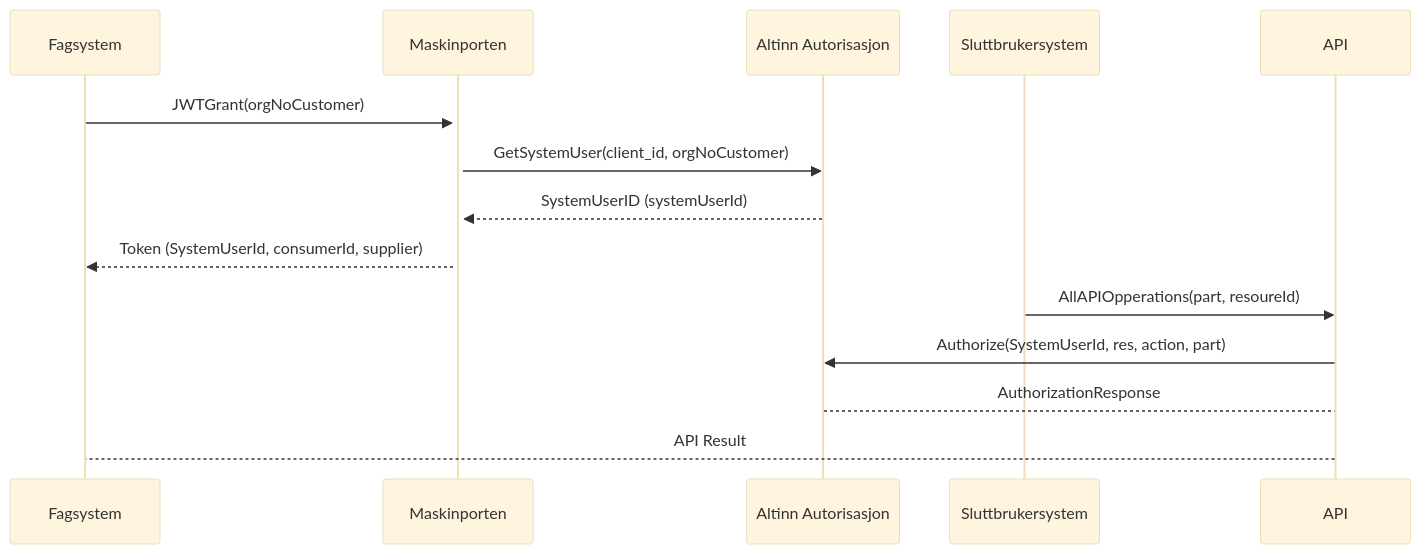
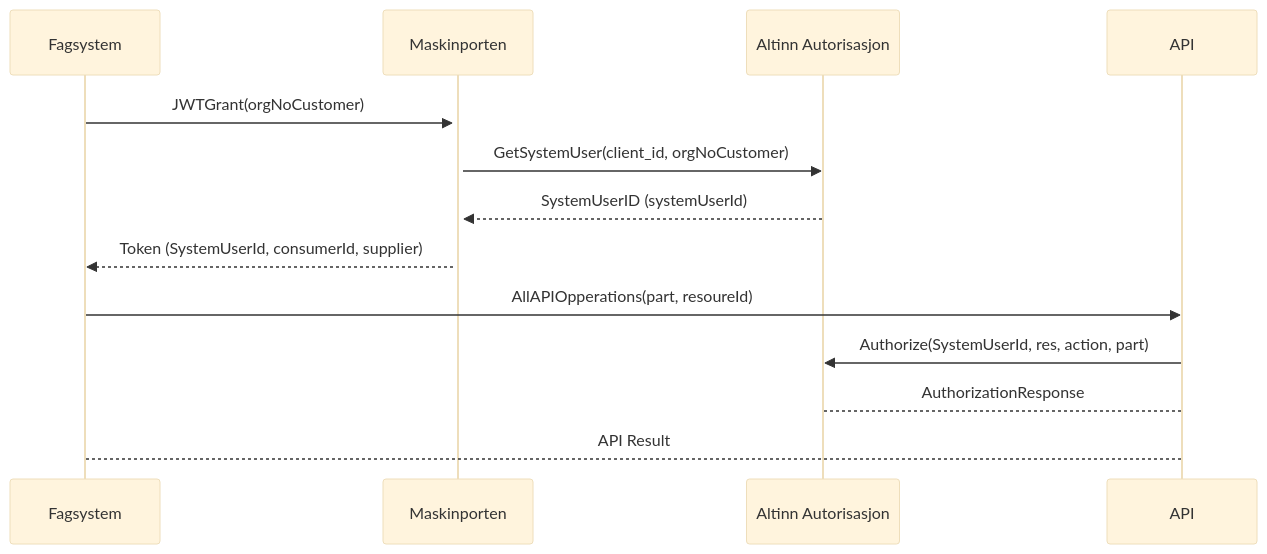
The diagram in _docs/Maskinporten/maskinporten_func_systembruker.md (felleslosninger/docs), drawn with Mermaid (base theme) before and after one commit.

```diff
--- a/_docs/Maskinporten/maskinporten_func_systembruker.md
+++ b/_docs/Maskinporten/maskinporten_func_systembruker.md
@@ -48,11 +48,11 @@
 <div class="mermaid">
 sequenceDiagram
     Fagsystem->>+Maskinporten: JWTGrant(orgNoCustomer)
     Maskinporten->>Altinn Autorisasjon: GetSystemUser(client_id, orgNoCustomer)
     Altinn Autorisasjon-->>Maskinporten: SystemUserID (systemUserId)
     Maskinporten-->>Fagsystem: Token (SystemUserId, consumerId, supplier)
-    Sluttbrukersystem->>API: AllAPIOpperations(part, resoureId)
+    Fagsystem->>API: AllAPIOpperations(part, resoureId)
     API->>Altinn Autorisasjon: Authorize(SystemUserId, res, action, part)
     Altinn Autorisasjon-->API: AuthorizationResponse
     API-->Fagsystem:API Result 
 </div>
```
